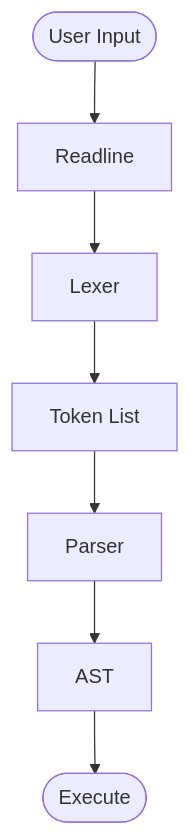
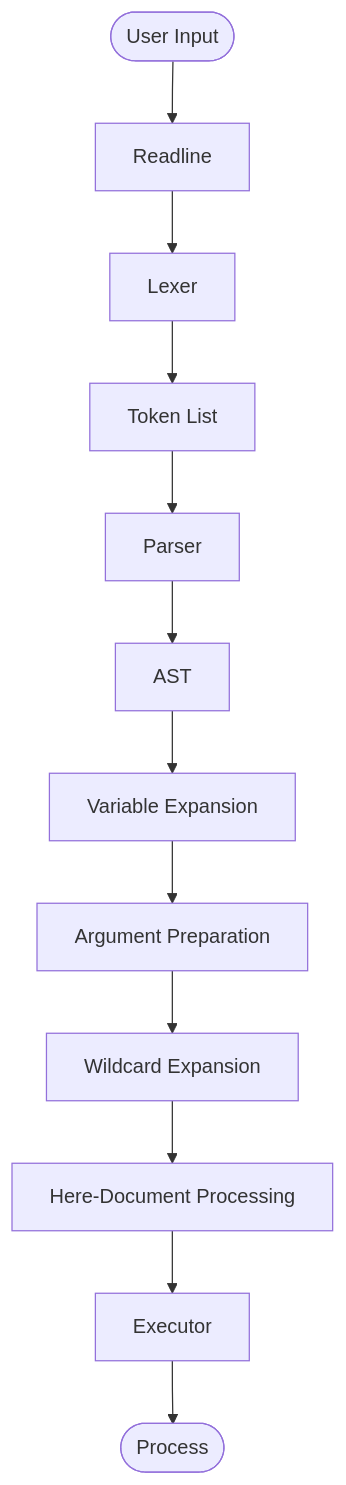
Before and after one commit to berkaygmcc/KeldShell: the diagram in README.md, drawn with Mermaid.

````diff
--- a/README.md
+++ b/README.md
@@ -277,9 +277,14 @@
 ```mermaid
 graph TD
     A([User Input]) --> B[Readline]
     B --> C[Lexer]
     C --> D[Token List]
     D --> E[Parser]
     E --> F[AST]
-    F --> G([Execute])
+    F --> G[Variable Expansion]
+    G --> H[Argument Preparation]
+    H --> I[Wildcard Expansion]
+    I --> J[Here-Document Processing]
+    J --> K[Executor]
+    K --> L([Process])
 ```
````
